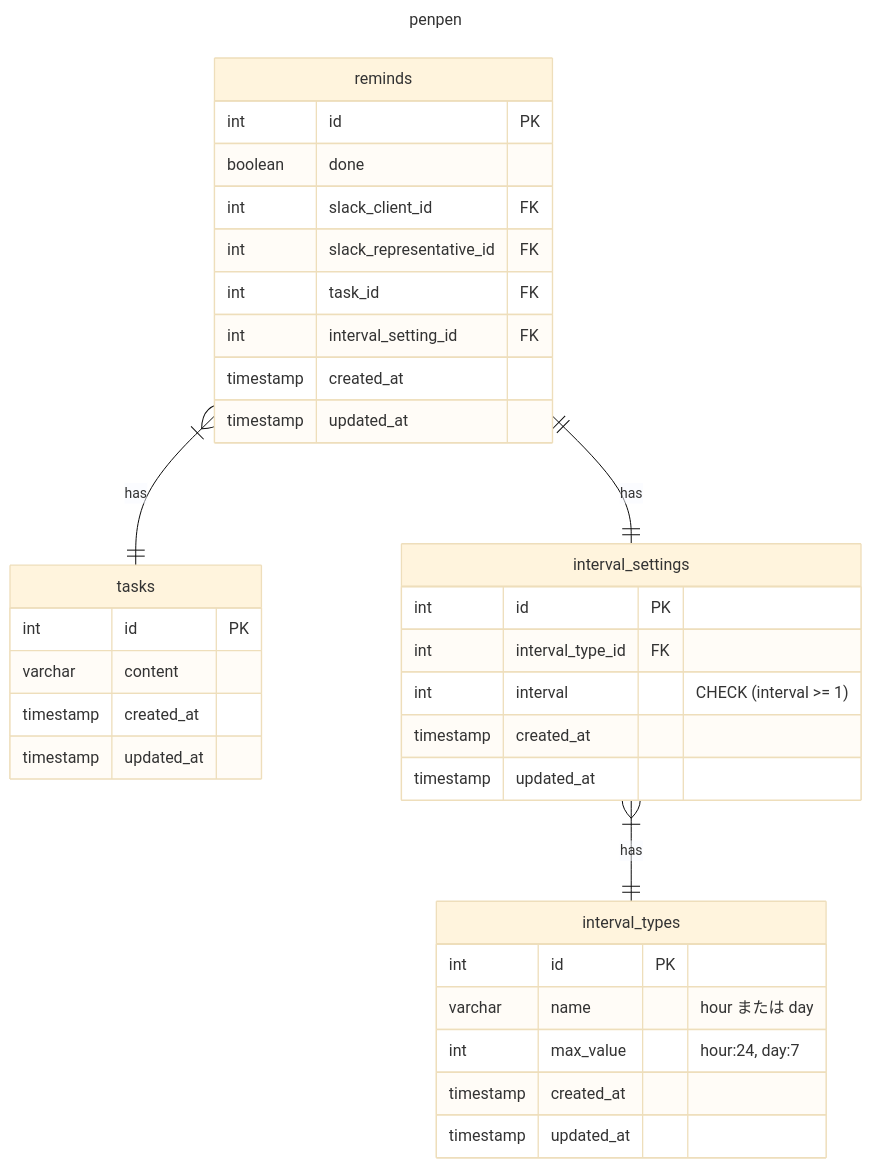
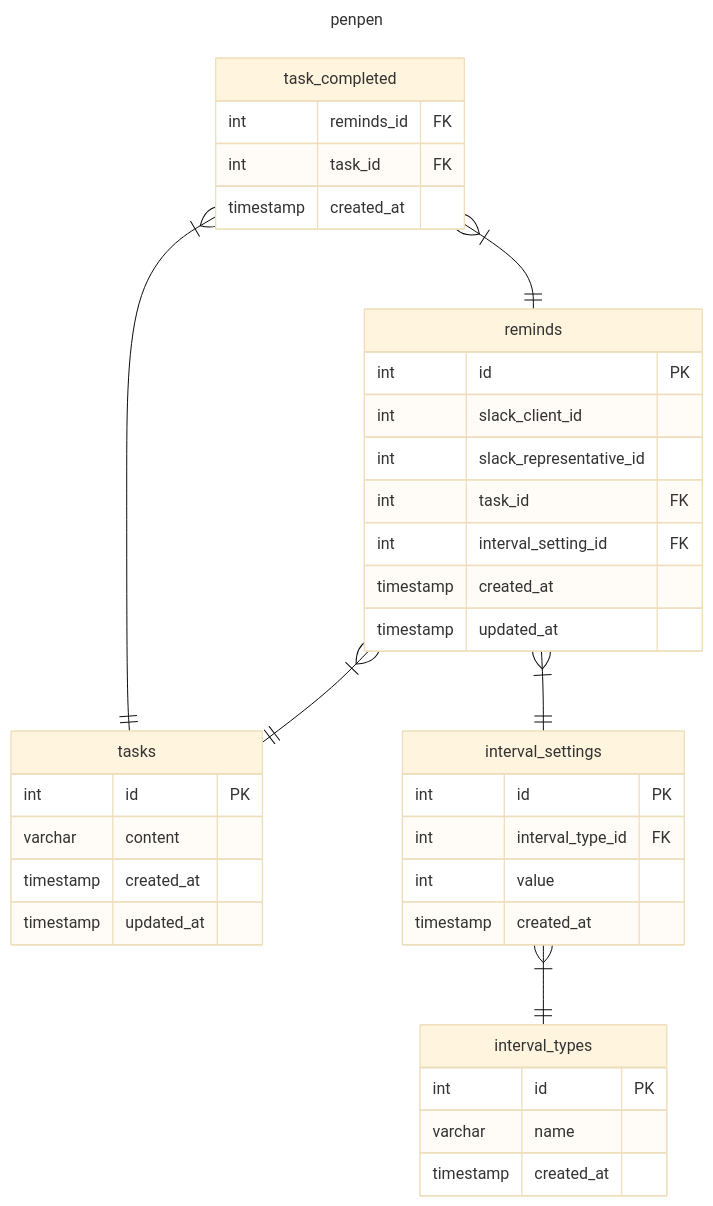
Before and after one commit to ttakuma17/til: the diagram in db/modeling/4-latest/er.md, drawn with Mermaid (base theme). The commit also changed other lines of this file, not shown here.

Commit message:
DBモデリング4の見直し(変更点の明示はまだ)

````diff
--- a/db/modeling/4-latest/er.md
+++ b/db/modeling/4-latest/er.md
@@ -10,44 +11,49 @@
 ```mermaid
 ---
 title: penpen
 ---
 erDiagram
   %% リマインド (E)
   reminds {
     int id PK
-    boolean done
-    int slack_client_id FK
-    int slack_representative_id FK
+    int slack_client_id
+    int slack_representative_id
     int task_id FK
     int interval_setting_id FK
     timestamp created_at
     timestamp updated_at
+  }
+  %% タスク完了(E)
+  task_completed {
+    int reminds_id FK
+    int task_id FK
+    timestamp created_at
   }
   %% タスク(R)
   tasks {
     int id PK
     varchar content
     timestamp created_at
     timestamp updated_at
   }
-  %% リマインド間隔タイプ(R)
+  
+  %% リマインド間隔設定(R)
   interval_types {
     int id PK
-    varchar name "hour または day"
-    int max_value "hour:24, day:7"
+    varchar name 
     timestamp created_at
-    timestamp updated_at
   }
-  %% リマインド間隔設定(R)
-  interval_settings {
+  %% リマインド間隔タイプ(R)
+  interval_settings { 
     int id PK
     int interval_type_id FK
-    int interval "CHECK (interval >= 1)"
-    timestamp created_at
-    timestamp updated_at
+    int value 
+    timestamp created_at 
   }
   
-  reminds }|--|| tasks: "has"
-  reminds ||--|| interval_settings: "has"
-  interval_settings }|--|| interval_types: "has"
+  reminds }|--|| tasks: ""
+  reminds }|--|| interval_settings: ""
+  task_completed }|--|| tasks: ""
+  task_completed }|--|| reminds: ""
+  interval_settings }|--|| interval_types: ""
 ```
````
